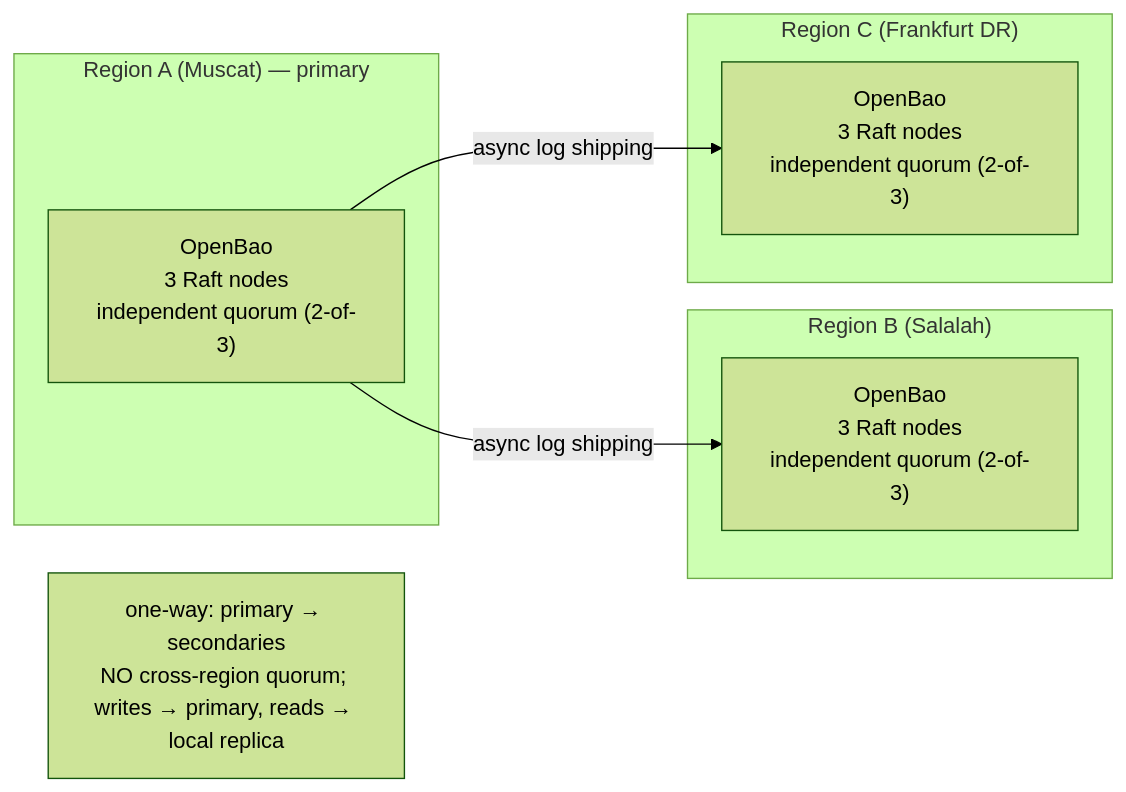
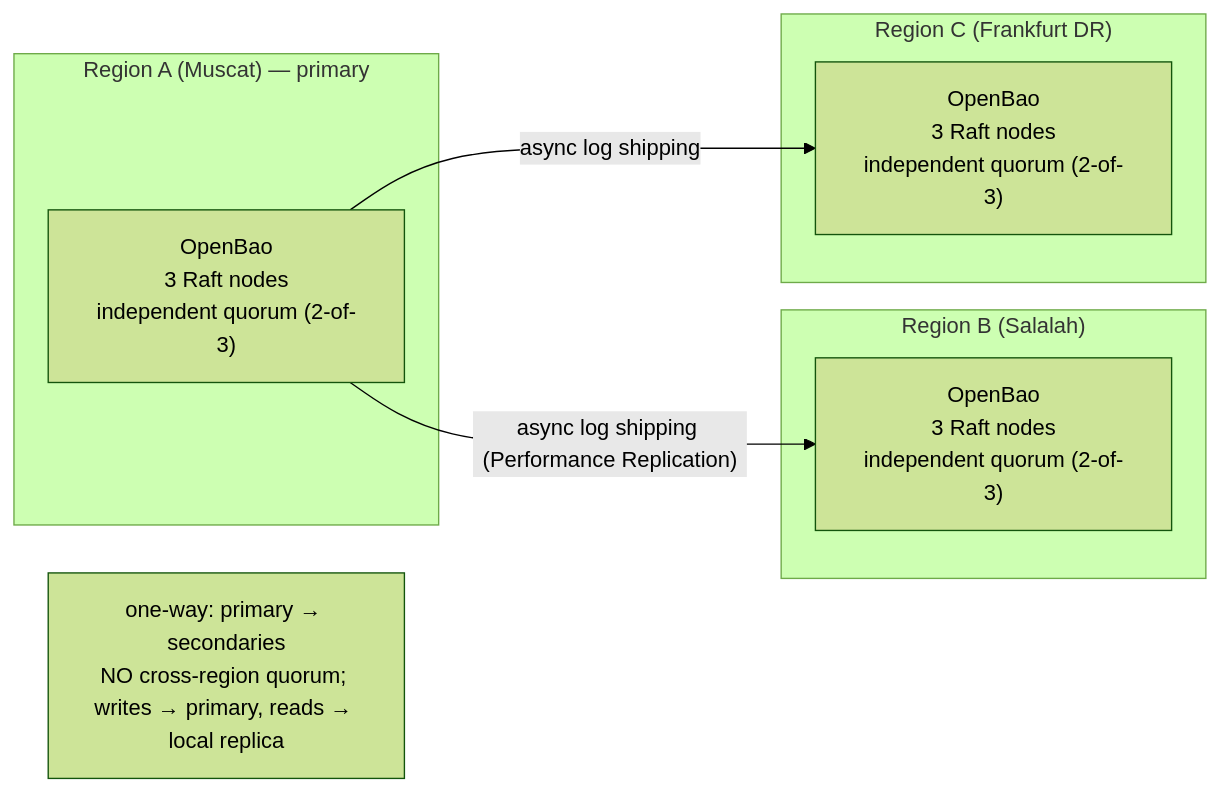
One commit to openova-io/openova changed the sixth of 9 diagrams in docs/SECURITY.md. Above: the diagram before and after it, drawn with Mermaid (forest theme). The commit also changed other lines of this file and 1482 other files, not shown here.

````diff
--- a/docs/SECURITY.md
+++ b/docs/SECURITY.md
@@ -369,15 +361,15 @@
 ```mermaid
 graph LR
   subgraph A["Region A (Muscat) — primary"]
     RA["OpenBao<br/>3 Raft nodes<br/>independent quorum (2-of-3)"]
   end
   subgraph B["Region B (Salalah)"]
     RB["OpenBao<br/>3 Raft nodes<br/>independent quorum (2-of-3)"]
   end
   subgraph C["Region C (Frankfurt DR)"]
     RC["OpenBao<br/>3 Raft nodes<br/>independent quorum (2-of-3)"]
   end
-  RA -->|"async log shipping"| RB
+  RA -->|"async log shipping (Performance Replication)"| RB
   RA -->|"async log shipping"| RC
   NOTE["one-way: primary → secondaries<br/>NO cross-region quorum; writes → primary, reads → local replica"]
 ```
````
